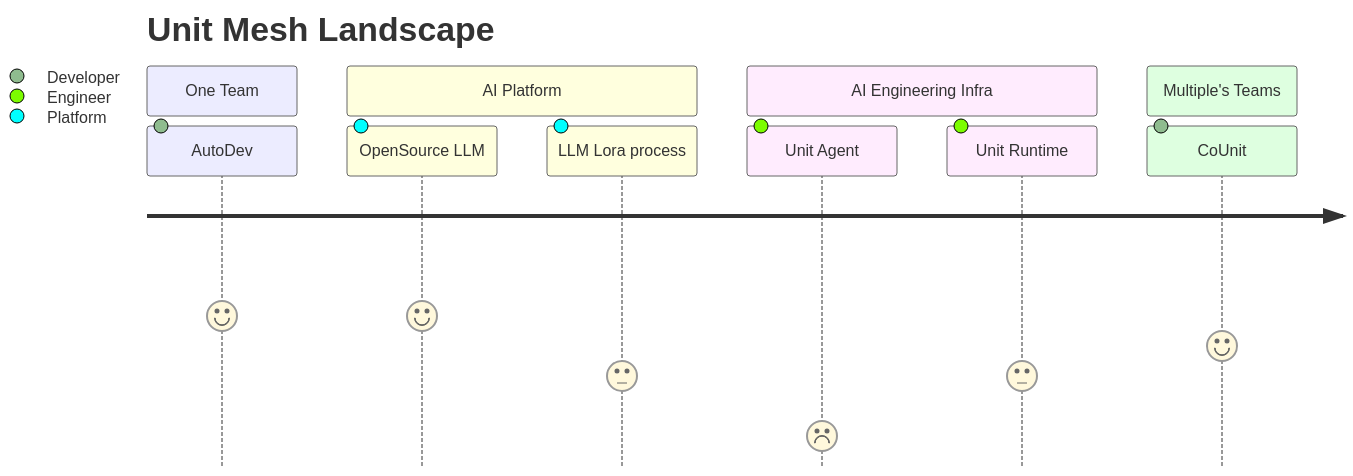
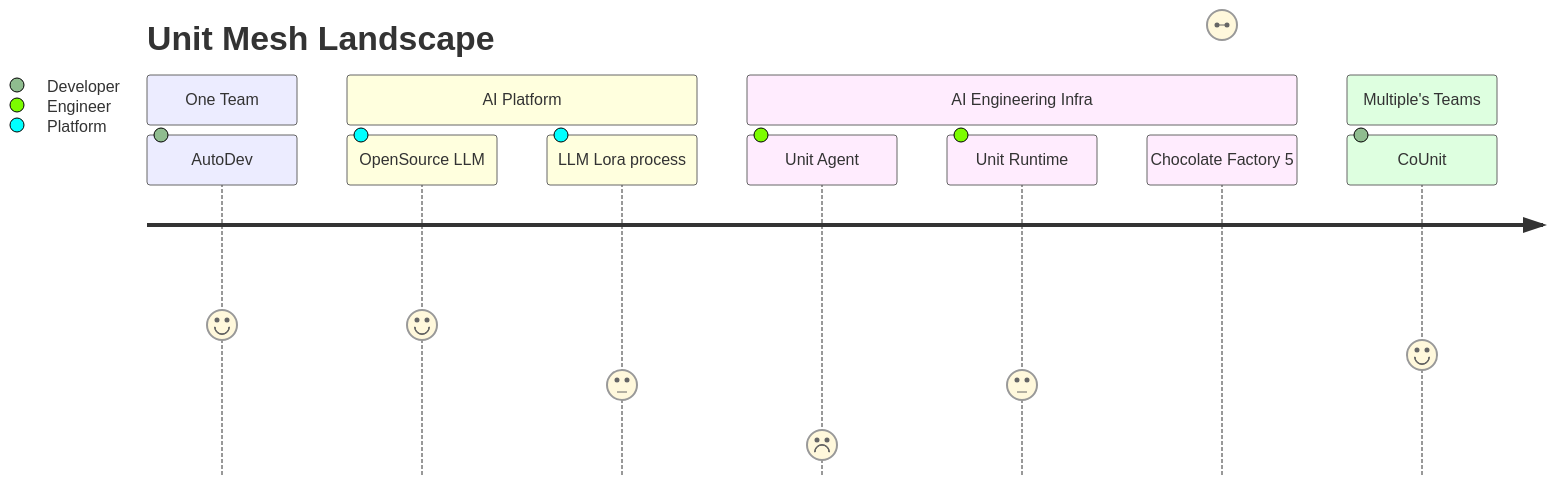
One commit to unit-mesh/.github changed the first of 2 diagrams in profile/README.md. Above: the diagram before and after it, drawn with Mermaid. The commit also changed other lines of this file, not shown here.

````diff
--- a/profile/README.md
+++ b/profile/README.md
@@ -17,14 +18,15 @@
 ```mermaid
 journey
     title Unit Mesh Landscape
     section One Team
       AutoDev: 5: Developer
     section AI Platform
       OpenSource LLM: 5: Platform
       LLM Lora process: 3: Platform
     section AI Engineering Infra
       Unit Agent: 1: Engineer    
       Unit Runtime: 3: Engineer
+      Chocolate Factory 5: Engineer
     section Multiple's Teams
       CoUnit: 4: Developer
 ```
````
